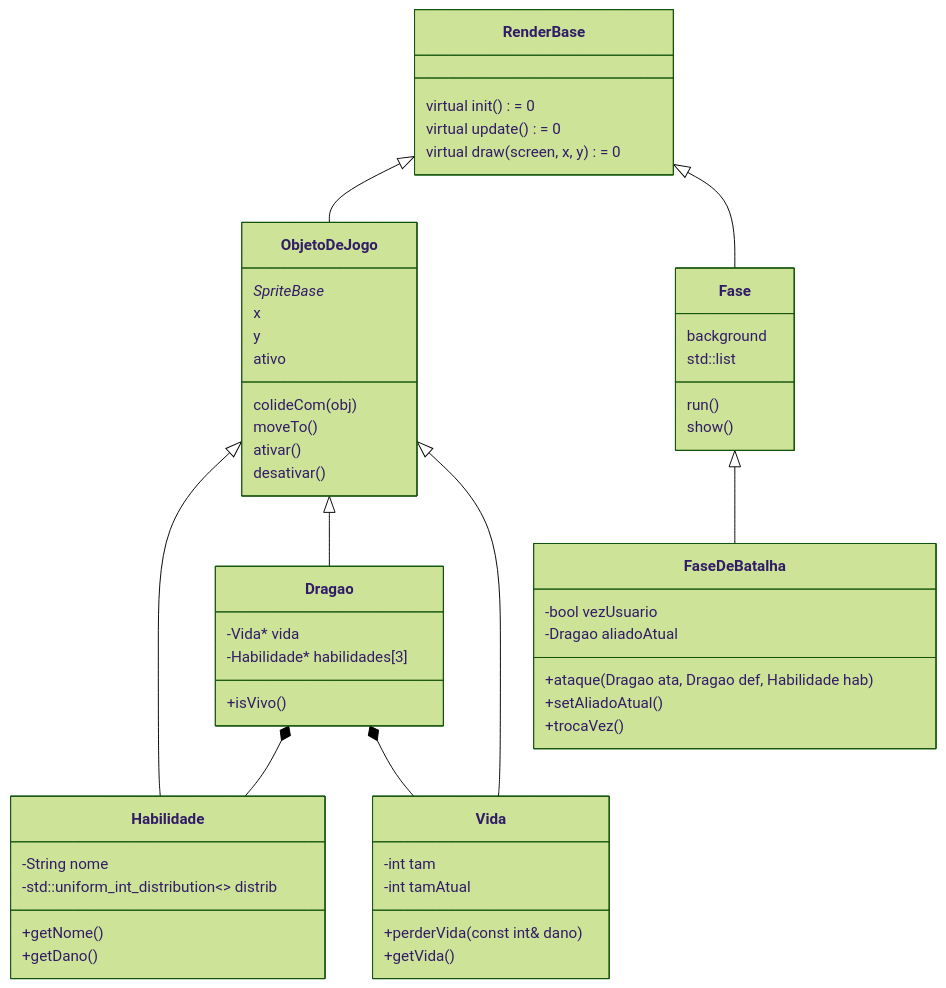
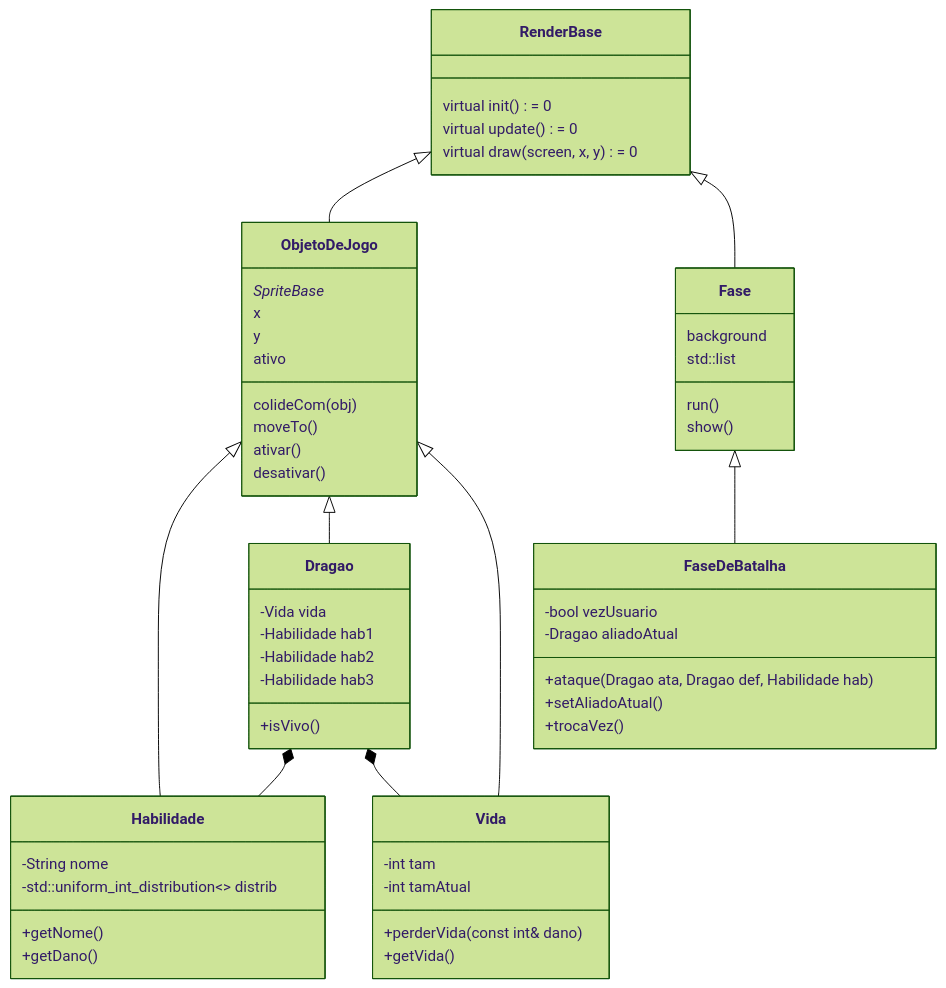
Before and after one commit to JeffersonAmorimdaCosta/projeto_poo: the diagram in uml.md, drawn with Mermaid (forest theme). The commit also changed 13 other files, not shown here.

````diff
--- a/uml.md
+++ b/uml.md
@@ -1,67 +1,69 @@
 ```mermaid
 classDiagram
     class RenderBase {
         virtual init() = 0
         virtual update() = 0
         virtual draw(screen, x, y) = 0
     }
 
     class ObjetoDeJogo {
         SpriteBase*
         x
         y
         ativo
         colideCom(obj)
         moveTo()
         ativar()
         desativar()
     }
 
     class Fase {
         background
         std::list<ObjetoDeJogo*>
         run()
         show()
     }
 
     class Dragao {
-        -Vida* vida
-        -Habilidade* habilidades[3]
+        -Vida vida
+        -Habilidade hab1
+        -Habilidade hab2
+        -Habilidade hab3
         +isVivo()
     }
 
     class Habilidade {
         -String nome
         -std::uniform_int_distribution<> distrib
         +getNome()
         +getDano()
     }
 
     class Vida {
         -int tam
         -int tamAtual
         +perderVida(const int& dano)
         +getVida()
     }
 
 
     class FaseDeBatalha {
         -bool vezUsuario
         -Dragao aliadoAtual
         +ataque(Dragao ata, Dragao def, Habilidade hab)   
         +setAliadoAtual()
         +trocaVez()
     }
 
     RenderBase <|-- ObjetoDeJogo
     RenderBase <|-- Fase
 
     ObjetoDeJogo <|-- Habilidade
     ObjetoDeJogo <|-- Dragao
     ObjetoDeJogo <|-- Vida
 
     Fase <|-- FaseDeBatalha
 
     Dragao *-- Habilidade
     Dragao *-- Vida
 ```
````
